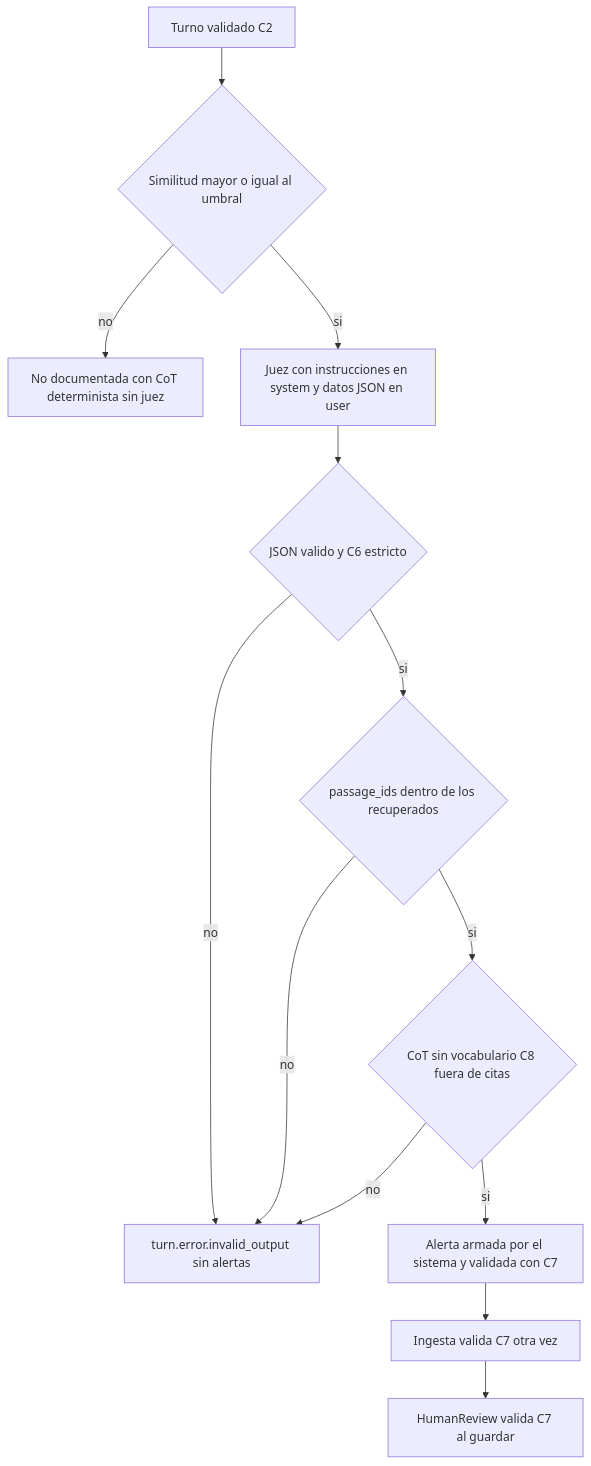
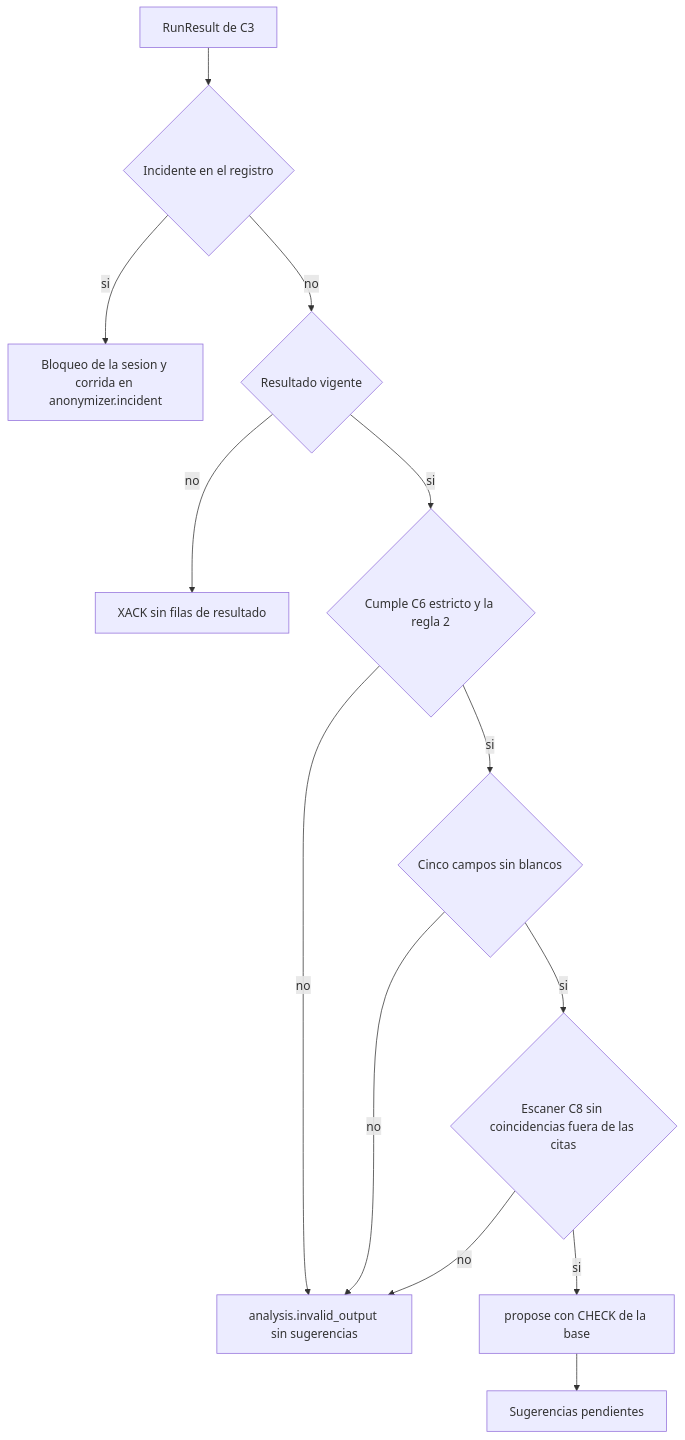
The diagram in aidlc/spaces/default/intents/261002-veridicus-mvp/construction/text-flow/nfr-design/security-design.md (freyesJaveriana/tai), drawn with Mermaid before and after one commit. The commit also changed other lines of this file and 11 other files, not shown here.

````diff
--- a/aidlc/spaces/default/intents/261002-veridicus-mvp/construction/text-flow/nfr-design/security-design.md
+++ b/aidlc/spaces/default/intents/261002-veridicus-mvp/construction/text-flow/nfr-design/security-design.md
@@ -28,15 +60,15 @@
 ```mermaid
 flowchart TD
-  T[Turno validado C2] --> G{Similitud mayor o igual al umbral}
-  G -- no --> U[No documentada con CoT determinista sin juez]
-  G -- si --> J[Juez con instrucciones en system y datos JSON en user]
-  J --> V1{JSON valido y C6 estricto}
-  V1 -- no --> X[turn.error.invalid_output sin alertas]
-  V1 -- si --> V2{passage_ids dentro de los recuperados}
-  V2 -- no --> X
-  V2 -- si --> V3{CoT sin vocabulario C8 fuera de citas}
-  V3 -- no --> X
-  V3 -- si --> A[Alerta armada por el sistema y validada con C7]
-  A --> I[Ingesta valida C7 otra vez]
-  I --> H[HumanReview valida C7 al guardar]
+  M[RunResult de C3] --> I{Incidente en el registro}
+  I -- si --> B[Bloqueo de la sesion y corrida en anonymizer.incident]
+  I -- no --> V{Resultado vigente}
+  V -- no --> D[XACK sin filas de resultado]
+  V -- si --> S{Cumple C6 estricto y la regla 2}
+  S -- no --> X[analysis.invalid_output sin sugerencias]
+  S -- si --> F{Cinco campos sin blancos}
+  F -- no --> X
+  F -- si --> E{Escaner C8 sin coincidencias fuera de las citas}
+  E -- no --> X
+  E -- si --> P[propose con CHECK de la base]
+  P --> H[Sugerencias pendientes]
 ```
````
